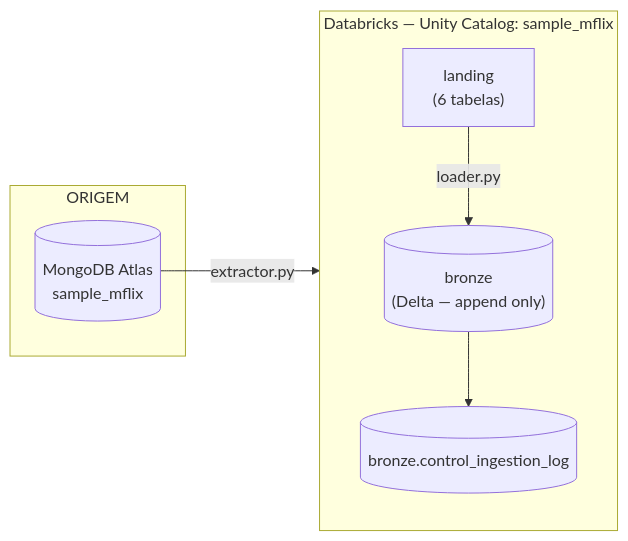
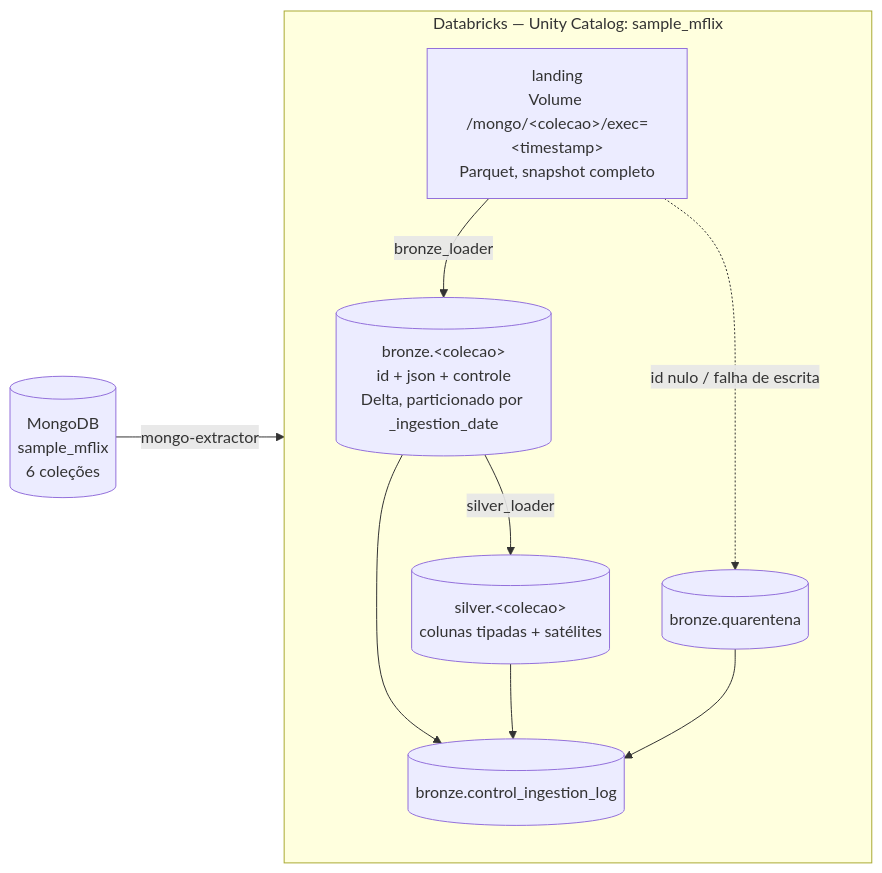
One commit to arthurnatureza/T3-DE-INGESTAO changed the diagram in sample_mflix/docs/ARQUITETURA.md. Above: the diagram before and after it, drawn with Mermaid. The commit also changed other lines of this file and 12 other files, not shown here.

````diff
--- a/sample_mflix/docs/ARQUITETURA.md
+++ b/sample_mflix/docs/ARQUITETURA.md
@@ -9,17 +10,22 @@
 ```mermaid
 flowchart LR
-    subgraph ORIGEM
-        M[(MongoDB Atlas\nsample_mflix)]
+    M[(MongoDB<br/>sample_mflix<br/>6 coleções)]
+
+    subgraph DBX["Databricks — Unity Catalog: sample_mflix"]
+        direction TB
+        L["landing<br/>Volume /mongo/&lt;colecao&gt;/exec=&lt;timestamp&gt;<br/>Parquet, snapshot completo"]
+        B[("bronze.&lt;colecao&gt;<br/>id + json + controle<br/>Delta, particionado por _ingestion_date")]
+        S[("silver.&lt;colecao&gt;<br/>colunas tipadas + satélites")]
+        Q[("bronze.quarentena")]
+        C[("bronze.control_ingestion_log")]
+
+        L -->|"bronze_loader"| B
+        L -.->|"id nulo / falha de escrita"| Q
+        B -->|"silver_loader"| S
+        B --> C
+        S --> C
+        Q --> C
     end
 
-    subgraph DATABRICKS["Databricks — Unity Catalog: sample_mflix"]
-        direction TB
-        L["landing\n(6 tabelas)"]
-        B[("bronze\n(Delta — append only)")]
-        C[("bronze.control_ingestion_log")]
-        L -->|"loader.py"| B
-        B --> C
-    end
-
-    M -->|"extractor.py"| L
+    M -->|"mongo-extractor"| L
 ```
````
